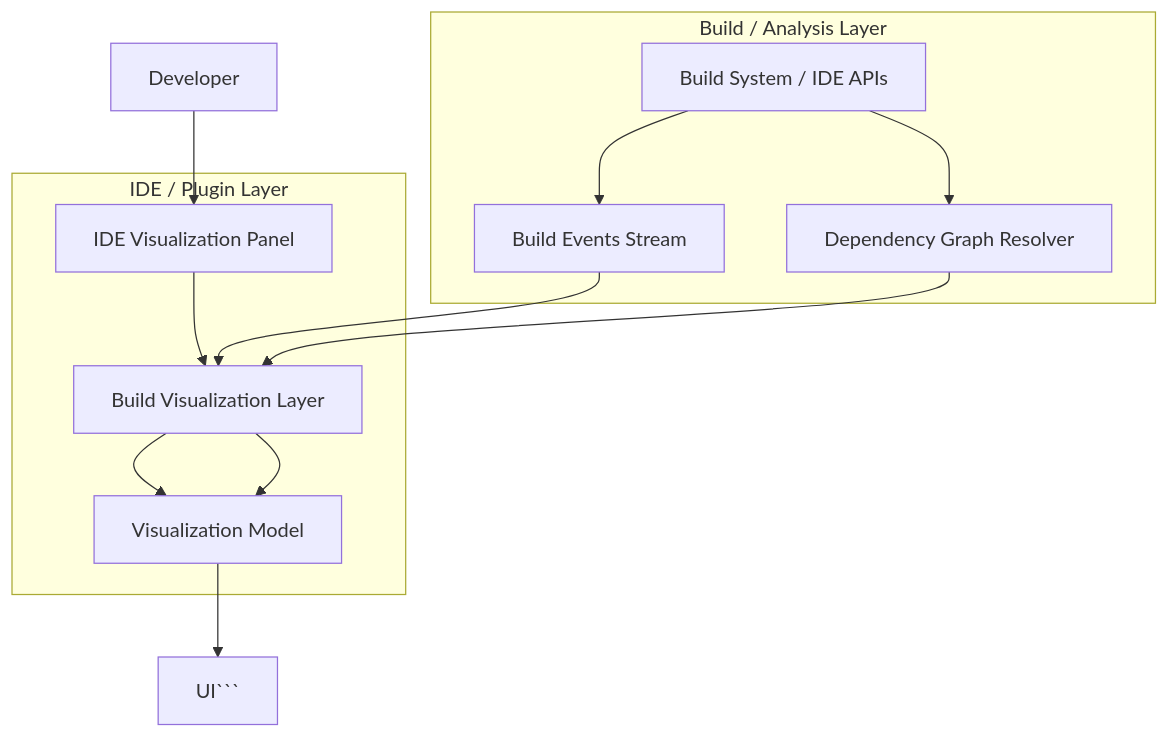
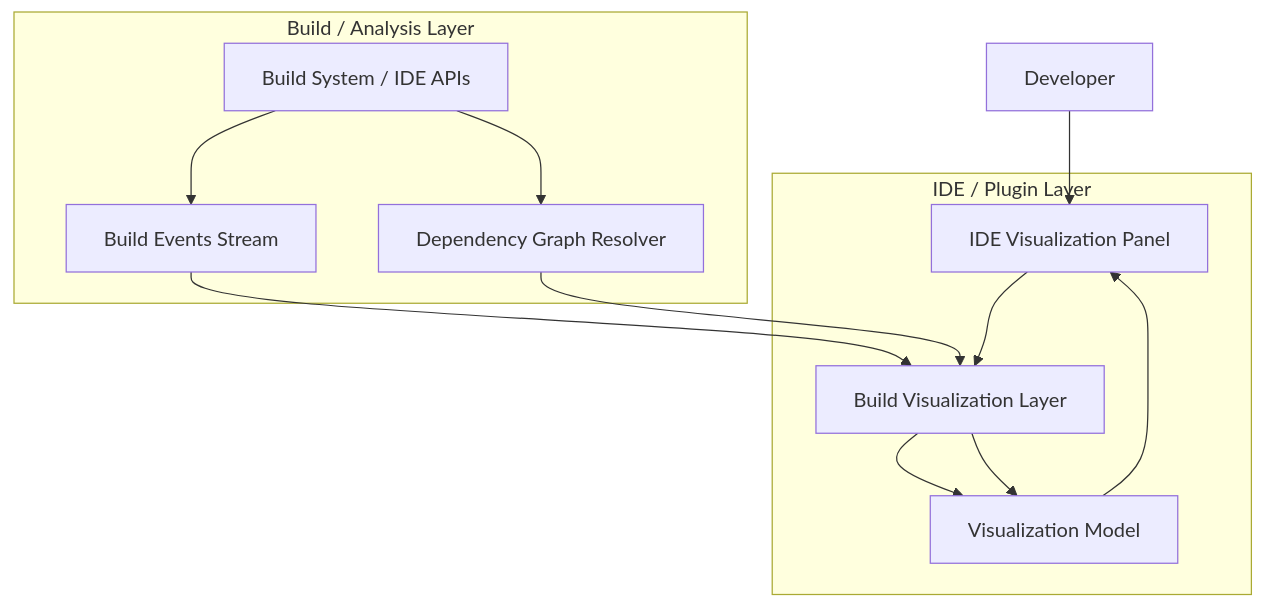
One commit to JinTonikCZ/Build-process-visualization-for-Incremental-Compilation changed the fourth of 4 diagrams in README.md. Above: the diagram before and after it, drawn with Mermaid. The commit also changed other lines of this file, not shown here.

````diff
--- a/README.md
+++ b/README.md
@@ -196,23 +198,24 @@
 ```mermaid
 
 flowchart TB
     U[Developer] --> UI[IDE Visualization Panel]
 
     subgraph IDE[IDE / Plugin Layer]
         UI --> VIZ[Build Visualization Layer]
         VIZ --> MODEL[Visualization Model]
     end
 
     subgraph BUILD[Build / Analysis Layer]
         API[Build System / IDE APIs]
         GRAPH[Dependency Graph Resolver]
         EVENTS[Build Events Stream]
     end
 
     API --> EVENTS
     API --> GRAPH
     EVENTS --> VIZ
     GRAPH --> VIZ
     VIZ --> MODEL
-    MODEL --> UI```
+    MODEL --> UI
+
 ```
````
